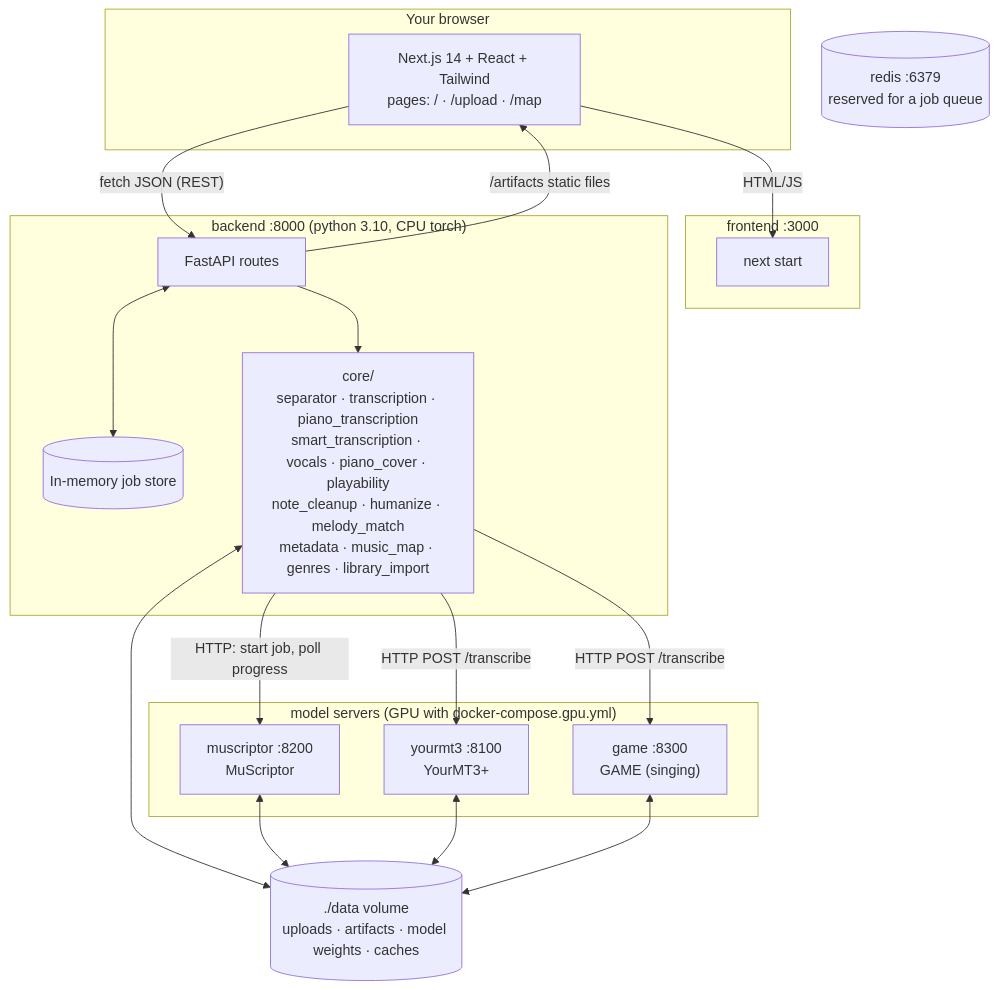
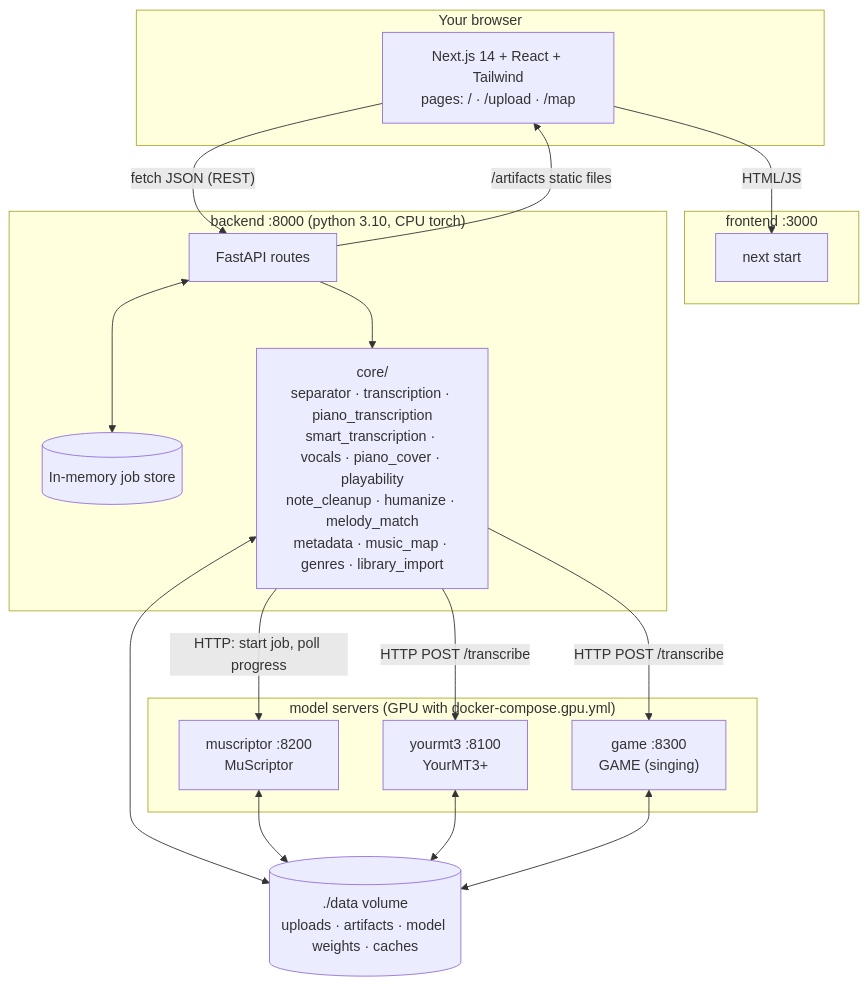
The second of 9 diagrams in docs/how-it-works.md (agangdut/supermusic), drawn with Mermaid before and after one commit. The commit also changed other lines of this file and 60 other files, not shown here.

````diff
--- a/docs/how-it-works.md
+++ b/docs/how-it-works.md
@@ -122,36 +122,35 @@
 ```mermaid
 flowchart TB
     subgraph browser["Your browser"]
         UI["Next.js 14 + React + Tailwind<br/>pages: / · /upload · /map"]
     end
 
     subgraph fe["frontend :3000"]
         NEXT[next start]
     end
 
     subgraph be["backend :8000 (python 3.10, CPU torch)"]
         API[FastAPI routes]
         JOBS[(In-memory job store)]
         CORE["core/<br/>separator · transcription · piano_transcription<br/>smart_transcription · vocals · piano_cover · playability<br/>note_cleanup · humanize · melody_match<br/>metadata · music_map · genres · library_import"]
     end
 
     subgraph gpu["model servers (GPU with docker-compose.gpu.yml)"]
         MS["muscriptor :8200<br/>MuScriptor"]
         Y3["yourmt3 :8100<br/>YourMT3+"]
         GM["game :8300<br/>GAME (singing)"]
     end
 
-    R[(redis :6379<br/>reserved for a job queue)]
     DATA[("./data volume<br/>uploads · artifacts · model weights · caches")]
 
     UI -->|HTML/JS| NEXT
     UI -->|"fetch JSON (REST)"| API
     API <--> JOBS
     API --> CORE
     CORE -->|"HTTP: start job, poll progress"| MS
     CORE -->|HTTP POST /transcribe| Y3
     CORE -->|HTTP POST /transcribe| GM
     CORE <--> DATA
     MS & Y3 & GM <--> DATA
     API -->|/artifacts static files| UI
 ```
````
